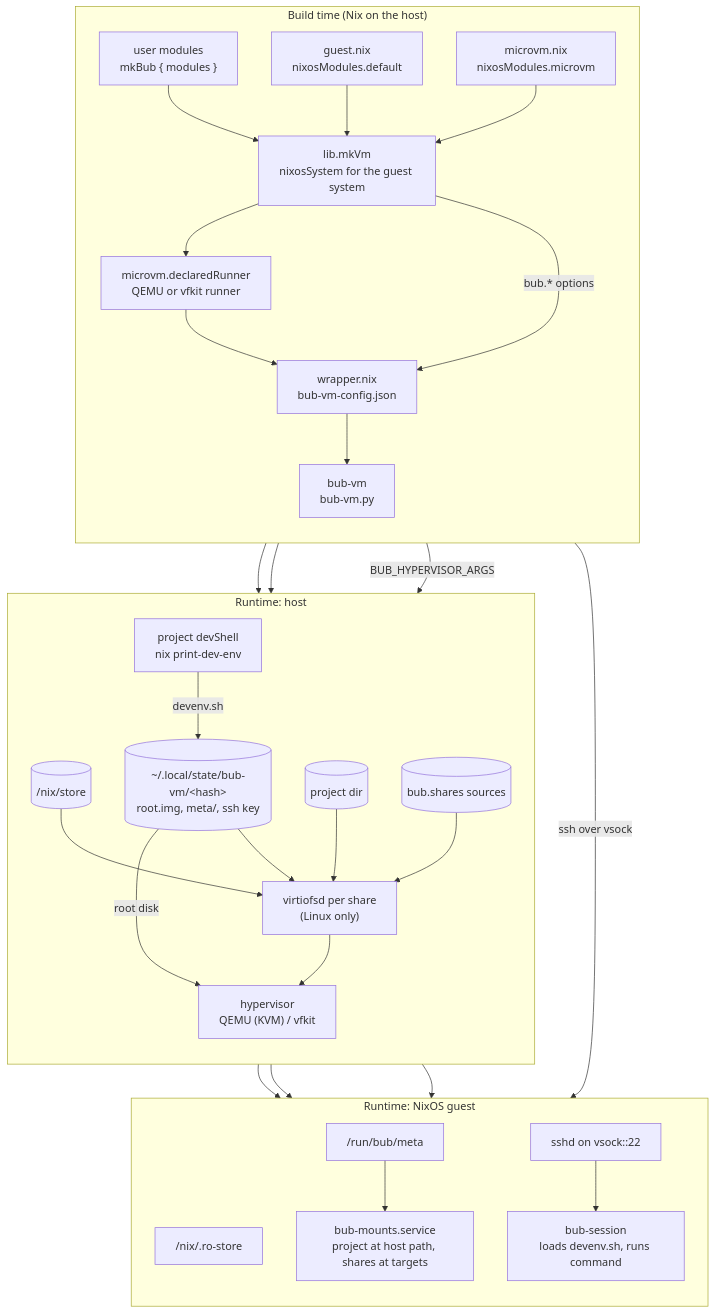
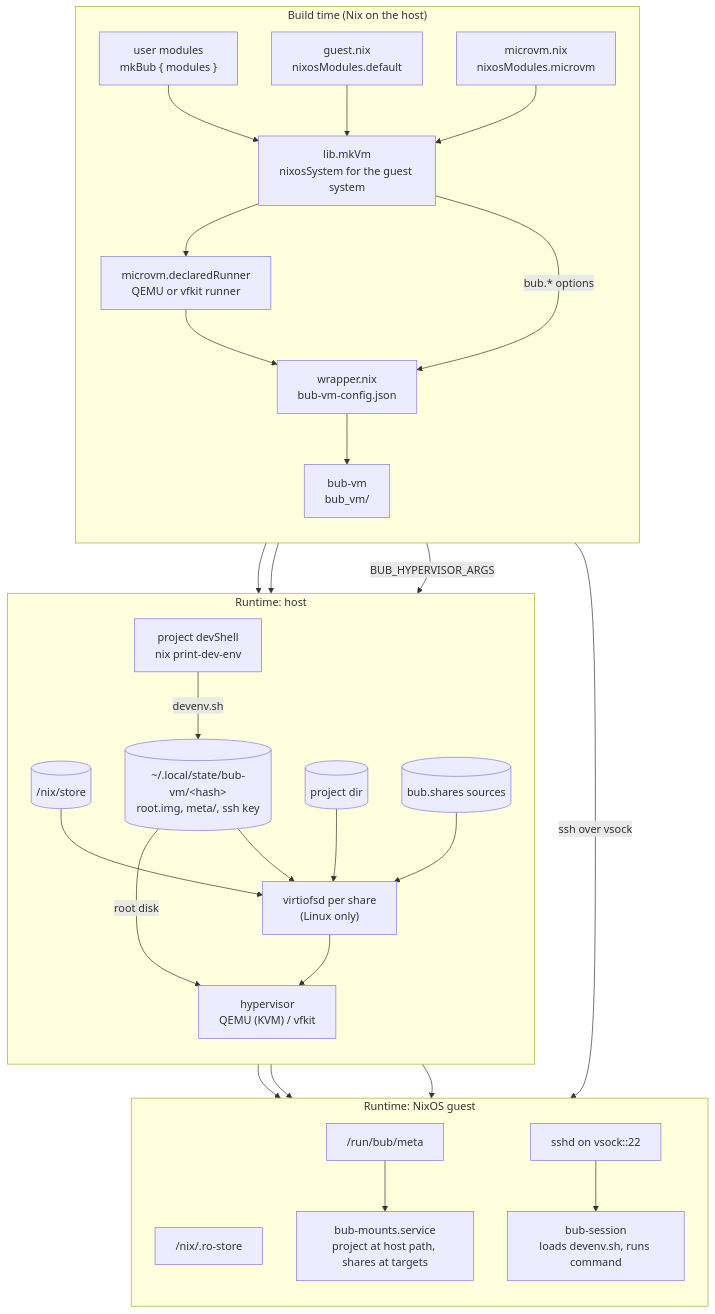
Before and after one commit to LCLPYT/bub: the diagram in microvm/README.md, drawn with Mermaid. The commit also changed other lines of this file and 14 other files, not shown here.

````diff
--- a/microvm/README.md
+++ b/microvm/README.md
@@ -309,56 +312,56 @@
 ```mermaid
 flowchart TB
   subgraph build["Build time (Nix on the host)"]
     direction TB
     userMods["user modules<br/>mkBub { modules }"]
     guestNix["guest.nix<br/>nixosModules.default"]
     microvmMod["microvm.nix<br/>nixosModules.microvm"]
     mkVm["lib.mkVm<br/>nixosSystem for the guest system"]
     runner["microvm.declaredRunner<br/>QEMU or vfkit runner"]
     wrapper["wrapper.nix<br/>bub-vm-config.json"]
-    bubVm["bub-vm<br/>bub-vm.py"]
+    bubVm["bub-vm<br/>bub_vm/"]
 
     userMods --> mkVm
     guestNix --> mkVm
     microvmMod --> mkVm
     mkVm --> runner --> wrapper
     mkVm -- "bub.* options" --> wrapper
     wrapper --> bubVm
   end
 
   subgraph host["Runtime: host"]
     direction TB
     store[("/nix/store")]
     project[("project dir")]
     shareSrc[("bub.shares sources")]
     state[("~/.local/state/bub-vm/&lt;hash&gt;<br/>root.img, meta/, ssh key")]
     devShell["project devShell<br/>nix print-dev-env"]
     virtiofsd["virtiofsd per share<br/>(Linux only)"]
     hypervisor["hypervisor<br/>QEMU (KVM) / vfkit"]
   end
 
   subgraph guest["Runtime: NixOS guest"]
     direction TB
     roStore["/nix/.ro-store"]
     metaMount["/run/bub/meta"]
     mounts["bub-mounts.service<br/>project at host path, shares at targets"]
     sshd["sshd on vsock::22"]
     session["bub-session<br/>loads devenv.sh, runs command"]
   end
 
   bubVm --> devShell -- "devenv.sh" --> state
   bubVm --> virtiofsd
   bubVm -- "BUB_HYPERVISOR_ARGS" --> hypervisor
   bubVm -- "ssh over vsock" --> sshd
   store --> virtiofsd
   project --> virtiofsd
   shareSrc --> virtiofsd
   state --> virtiofsd
   state -- "root disk" --> hypervisor
   virtiofsd --> hypervisor
   hypervisor --> roStore
   hypervisor --> metaMount
   metaMount --> mounts
   hypervisor --> mounts
   sshd --> session
 ```
````
